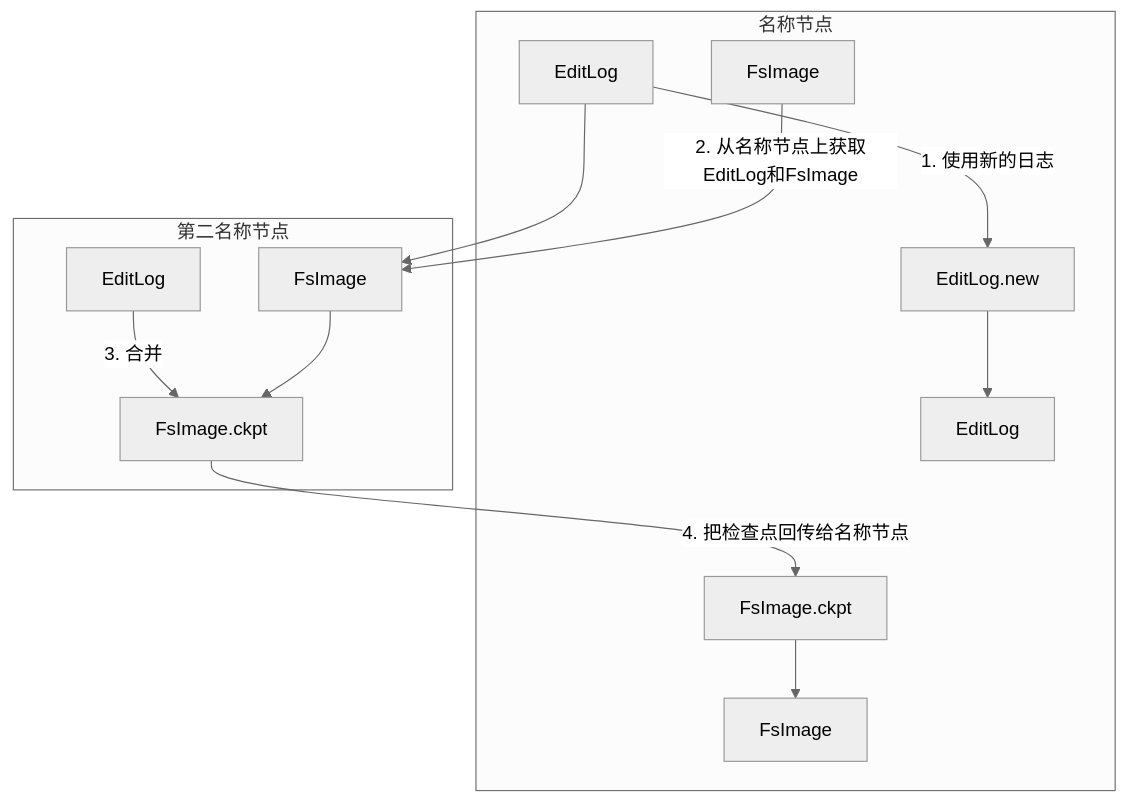
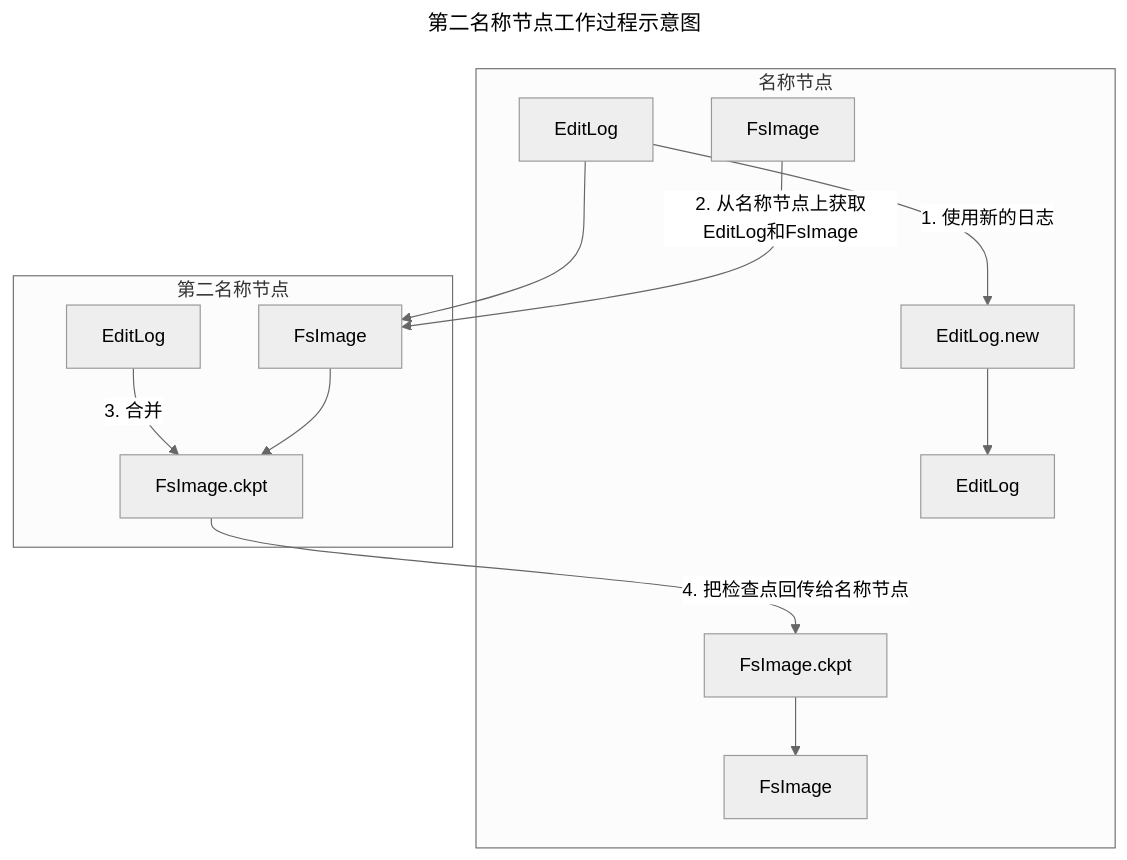
The diagram in docs/1. 数据库/10.2024-06-25-HDFS 分布式文件系统.md (dingyuqi/keep-it-simple-site), drawn with Mermaid (neutral theme) before and after one commit. The commit also changed other lines of this file and 30 other files, not shown here.

````diff
--- a/docs/1. 数据库/10.2024-06-25-HDFS 分布式文件系统.md
+++ b/docs/1. 数据库/10.2024-06-25-HDFS 分布式文件系统.md
@@ -77,20 +75,23 @@
 ``` mermaid
+---
+title: 第二名称节点工作过程示意图
+---
 flowchart TD
     el1-->fi2
     fi1-->|2. 从名称节点上获取EditLog和FsImage|fi2
     ckpt1-->|4. 把检查点回传给名称节点|ckpt2
     ckpt2-->fi3
     subgraph 名称节点
     fi1[FsImage]
     el1[EditLog]-->|1. 使用新的日志|eln[EditLog.new]    
     eln-->el2[EditLog]
     ckpt2[FsImage.ckpt]
     fi3[FsImage]
     end
     subgraph 第二名称节点
     el3[EditLog]-->|3. 合并|ckpt1
     fi2[FsImage]-->ckpt1
     ckpt1[FsImage.ckpt]
     end
 
 ```
````
